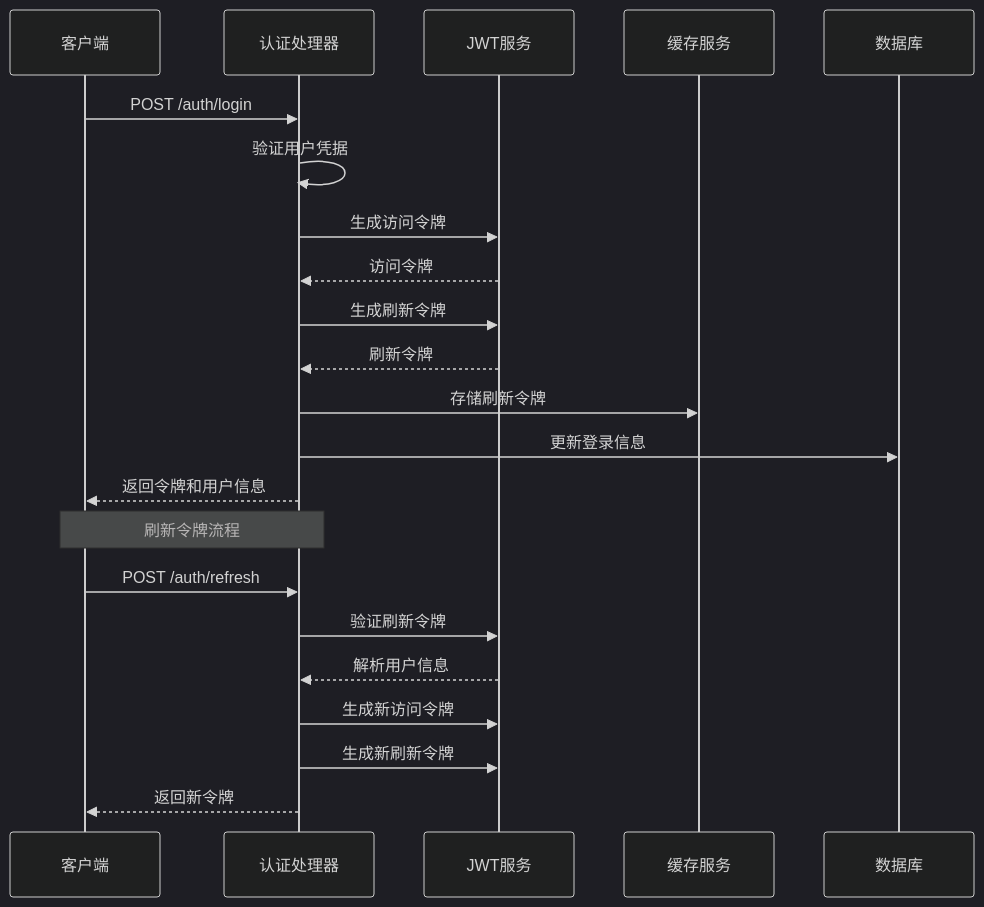
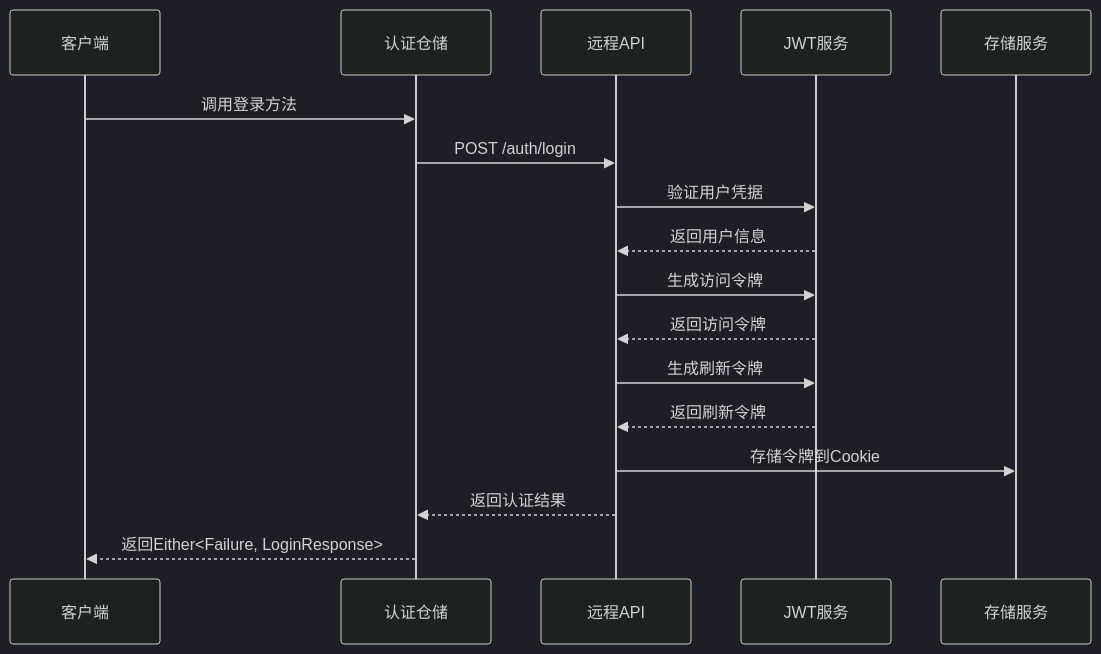
Before and after one commit to mcmrzy/cs_inv_monitor-develop: the third of 14 diagrams in .qoder/repowiki/zh/content/移动端应用/用户认证模块.md, drawn with Mermaid (dark theme). The commit also changed other lines of this file and 128 other files, not shown here.

````diff
--- a/.qoder/repowiki/zh/content/移动端应用/用户认证模块.md
+++ b/.qoder/repowiki/zh/content/移动端应用/用户认证模块.md
@@ -120,24 +150,19 @@
 ```mermaid
 sequenceDiagram
 participant Client as 客户端
-participant Handler as 认证处理器
+participant Repository as 认证仓储
+participant API as 远程API
 participant JWT as JWT服务
-participant Cache as 缓存服务
-participant DB as 数据库
-Client->>Handler : POST /auth/login
-Handler->>Handler : 验证用户凭据
-Handler->>JWT : 生成访问令牌
-JWT-->>Handler : 访问令牌
-Handler->>JWT : 生成刷新令牌
-JWT-->>Handler : 刷新令牌
-Handler->>Cache : 存储刷新令牌
-Handler->>DB : 更新登录信息
-Handler-->>Client : 返回令牌和用户信息
-Note over Client,Handler : 刷新令牌流程
-Client->>Handler : POST /auth/refresh
-Handler->>JWT : 验证刷新令牌
-JWT-->>Handler : 解析用户信息
-Handler->>JWT : 生成新访问令牌
-Handler->>JWT : 生成新刷新令牌
-Handler-->>Client : 返回新令牌
+participant Storage as 存储服务
+Client->>Repository : 调用登录方法
+Repository->>API : POST /auth/login
+API->>JWT : 验证用户凭据
+JWT-->>API : 返回用户信息
+API->>JWT : 生成访问令牌
+JWT-->>API : 返回访问令牌
+API->>JWT : 生成刷新令牌
+JWT-->>API : 返回刷新令牌
+API->>Storage : 存储令牌到Cookie
+API-->>Repository : 返回认证结果
+Repository-->>Client : 返回Either<Failure, LoginResponse>
 ```
````
